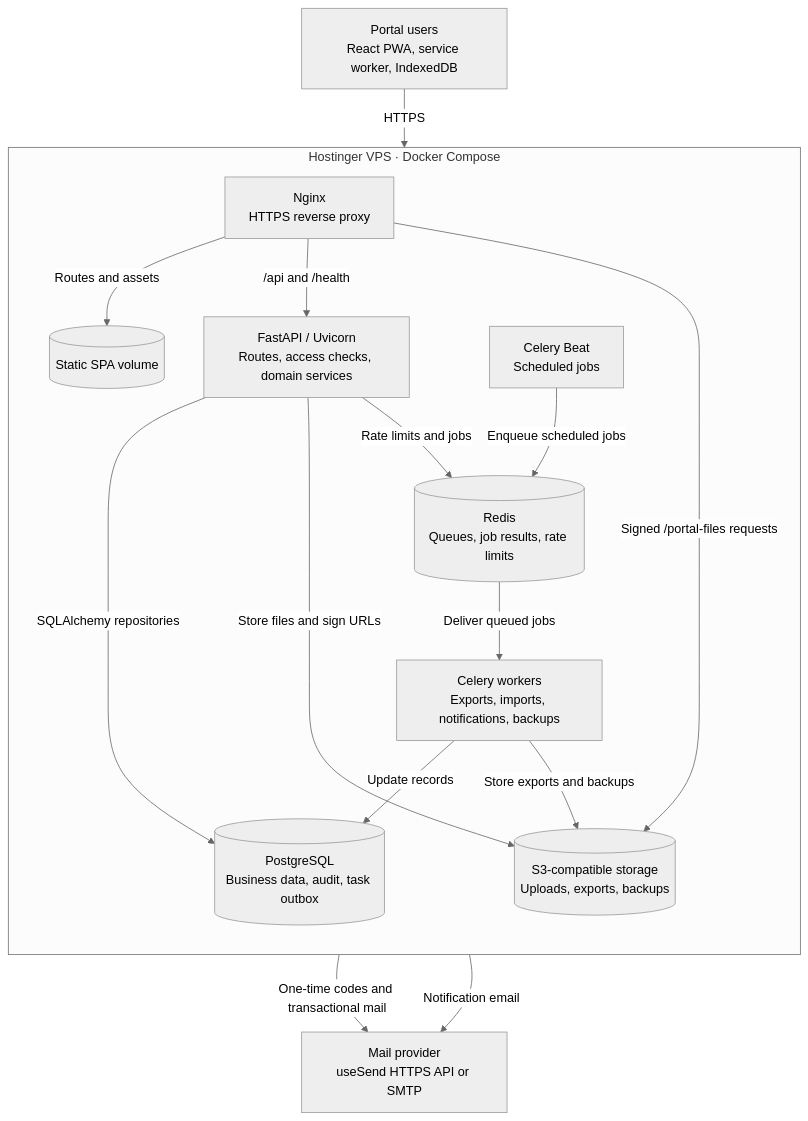
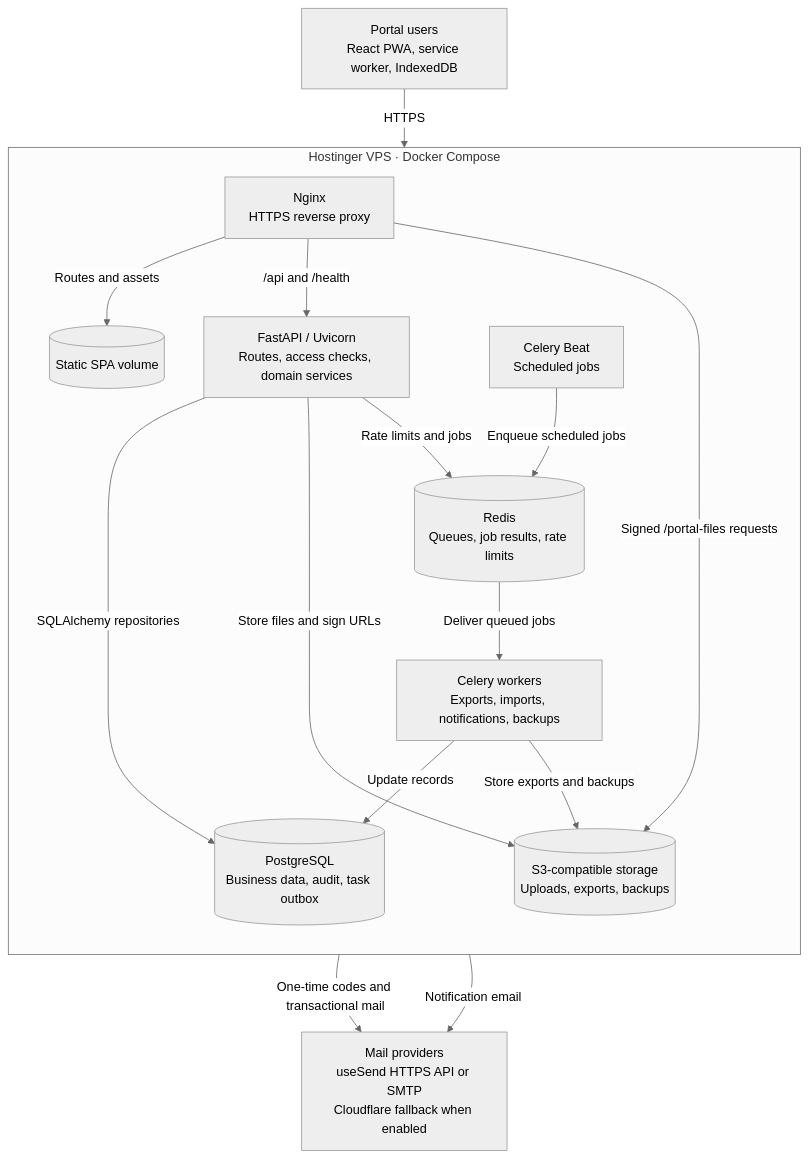
The first of 3 diagrams in README.md (nirzaf/garrison-investments), drawn with Mermaid (neutral theme) before and after one commit. The commit also changed other lines of this file and 41 other files, not shown here.

````diff
--- a/README.md
+++ b/README.md
@@ -58,33 +60,33 @@
 ```mermaid
 flowchart TB
     browser["Portal users<br/>React PWA, service worker, IndexedDB"]
 
     subgraph host["Hostinger VPS · Docker Compose"]
         direction TB
         nginx["Nginx<br/>HTTPS reverse proxy"]
         frontend[("Static SPA volume")]
         api["FastAPI / Uvicorn<br/>Routes, access checks, domain services"]
         beat["Celery Beat<br/>Scheduled jobs"]
         worker["Celery workers<br/>Exports, imports, notifications, backups"]
         postgres[("PostgreSQL<br/>Business data, audit, task outbox")]
         redis[("Redis<br/>Queues, job results, rate limits")]
         objects[("S3-compatible storage<br/>Uploads, exports, backups")]
 
         nginx -->|"Routes and assets"| frontend
         nginx -->|"/api and /health"| api
         nginx -->|"Signed /portal-files requests"| objects
         api -->|"SQLAlchemy repositories"| postgres
         api -->|"Store files and sign URLs"| objects
         api -->|"Rate limits and jobs"| redis
         beat -->|"Enqueue scheduled jobs"| redis
         redis -->|"Deliver queued jobs"| worker
         worker -->|"Update records"| postgres
         worker -->|"Store exports and backups"| objects
     end
 
-    mail["Mail provider<br/>useSend HTTPS API or SMTP"]
+    mail["Mail providers<br/>useSend HTTPS API or SMTP<br/>Cloudflare fallback when enabled"]
 
     browser -->|"HTTPS"| nginx
     api -->|"One-time codes and transactional mail"| mail
     worker -->|"Notification email"| mail
 ```
````
